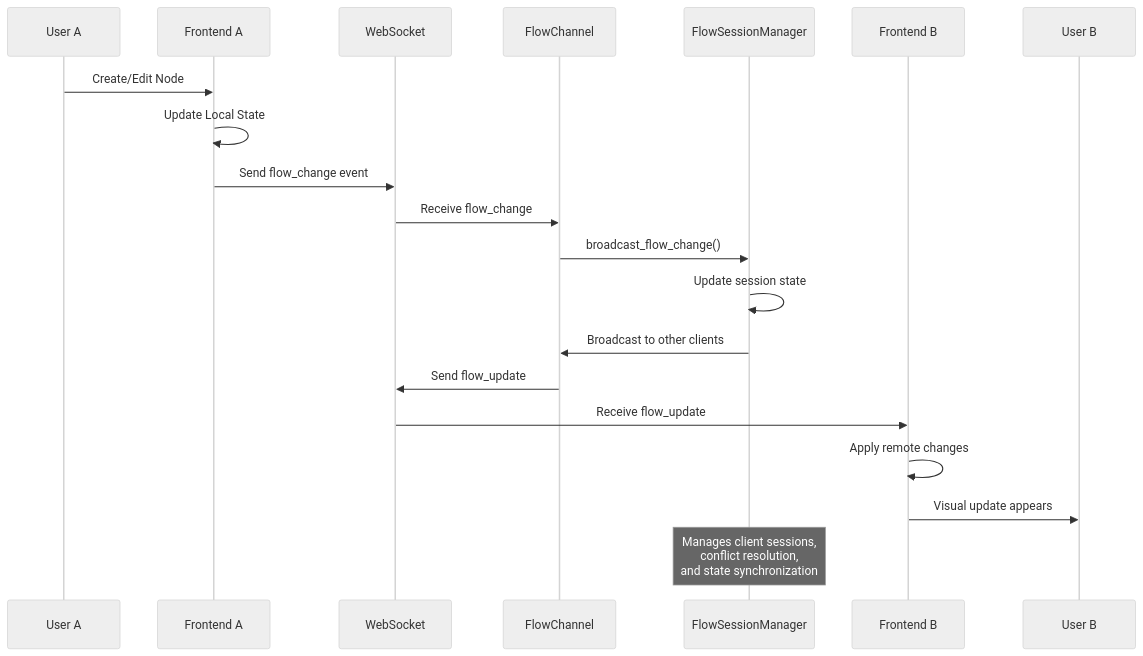
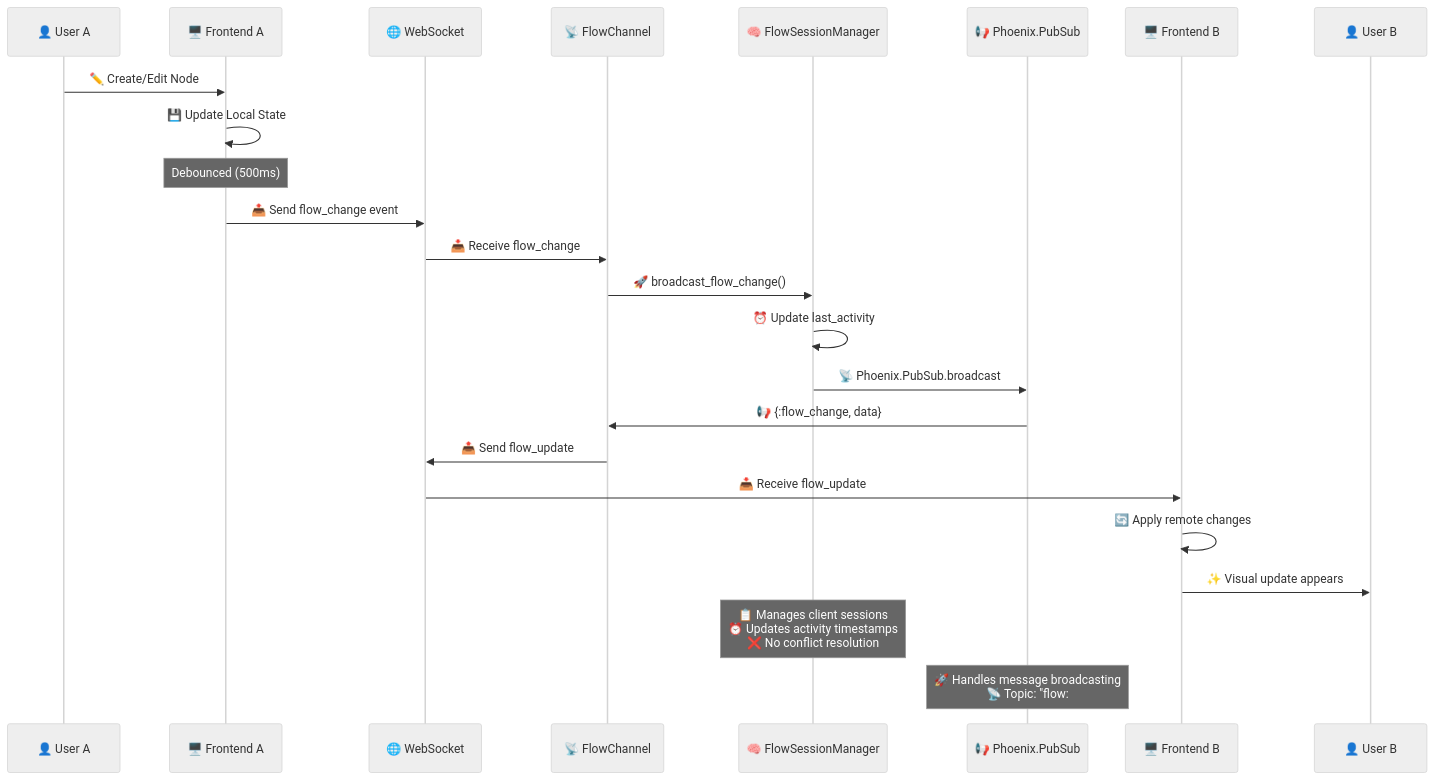
Before and after one commit to ccarvalho-eng/helix: the second of 3 diagrams in README.md, drawn with Mermaid. The commit also changed other lines of this file, not shown here.

First line of the commit message:
docs: enhance architecture diagrams and fix technical accuracy

````diff
--- a/README.md
+++ b/README.md
@@ -150,25 +170,29 @@
 ```mermaid
 %%{init: {'theme':'neutral'}}%%
 sequenceDiagram
-    participant UA as User A
-    participant FA as Frontend A
-    participant WS as WebSocket
-    participant FC as FlowChannel
-    participant FSM as FlowSessionManager
-    participant FB as Frontend B
-    participant UB as User B
+    participant UA as 👤 User A
+    participant FA as 🖥️ Frontend A
+    participant WS as 🌐 WebSocket
+    participant FC as 📡 FlowChannel
+    participant FSM as 🧠 FlowSessionManager
+    participant PUB as 📢 Phoenix.PubSub
+    participant FB as 🖥️ Frontend B
+    participant UB as 👤 User B
 
-    UA->>FA: Create/Edit Node
-    FA->>FA: Update Local State
-    FA->>WS: Send flow_change event
-    WS->>FC: Receive flow_change
-    FC->>FSM: broadcast_flow_change()
-    FSM->>FSM: Update session state
-    FSM->>FC: Broadcast to other clients
-    FC->>WS: Send flow_update
-    WS->>FB: Receive flow_update
-    FB->>FB: Apply remote changes
-    FB->>UB: Visual update appears
+    UA->>FA: ✏️ Create/Edit Node
+    FA->>FA: 💾 Update Local State
+    Note over FA: Debounced (500ms)
+    FA->>WS: 📤 Send flow_change event
+    WS->>FC: 📥 Receive flow_change
+    FC->>FSM: 🚀 broadcast_flow_change()
+    FSM->>FSM: ⏰ Update last_activity
+    FSM->>PUB: 📡 Phoenix.PubSub.broadcast
+    PUB->>FC: 📢 {:flow_change, data}
+    FC->>WS: 📤 Send flow_update
+    WS->>FB: 📥 Receive flow_update
+    FB->>FB: 🔄 Apply remote changes
+    FB->>UB: ✨ Visual update appears
 
-    Note over FSM: Manages client sessions,<br/>conflict resolution,<br/>and state synchronization
+    Note over FSM: 📋 Manages client sessions<br/>⏰ Updates activity timestamps<br/>❌ No conflict resolution
+    Note over PUB: 🚀 Handles message broadcasting<br/>📡 Topic: "flow:#{flow_id}"
 ```
````
